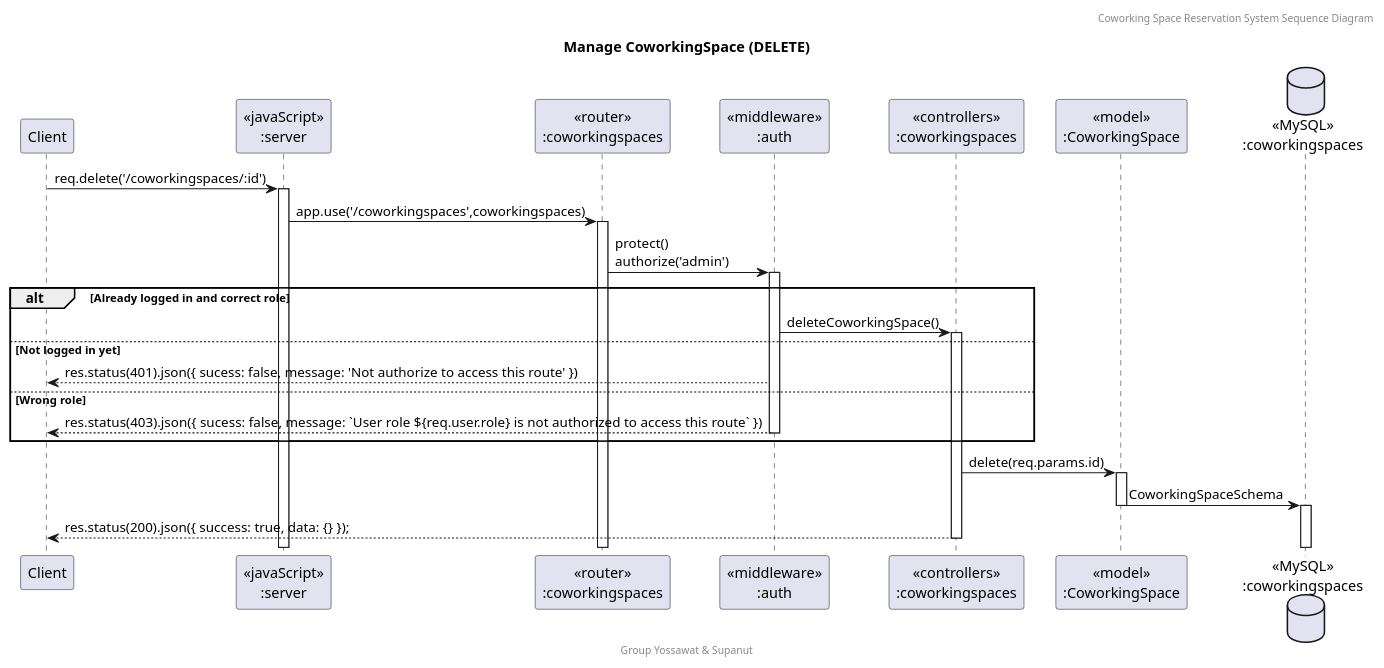
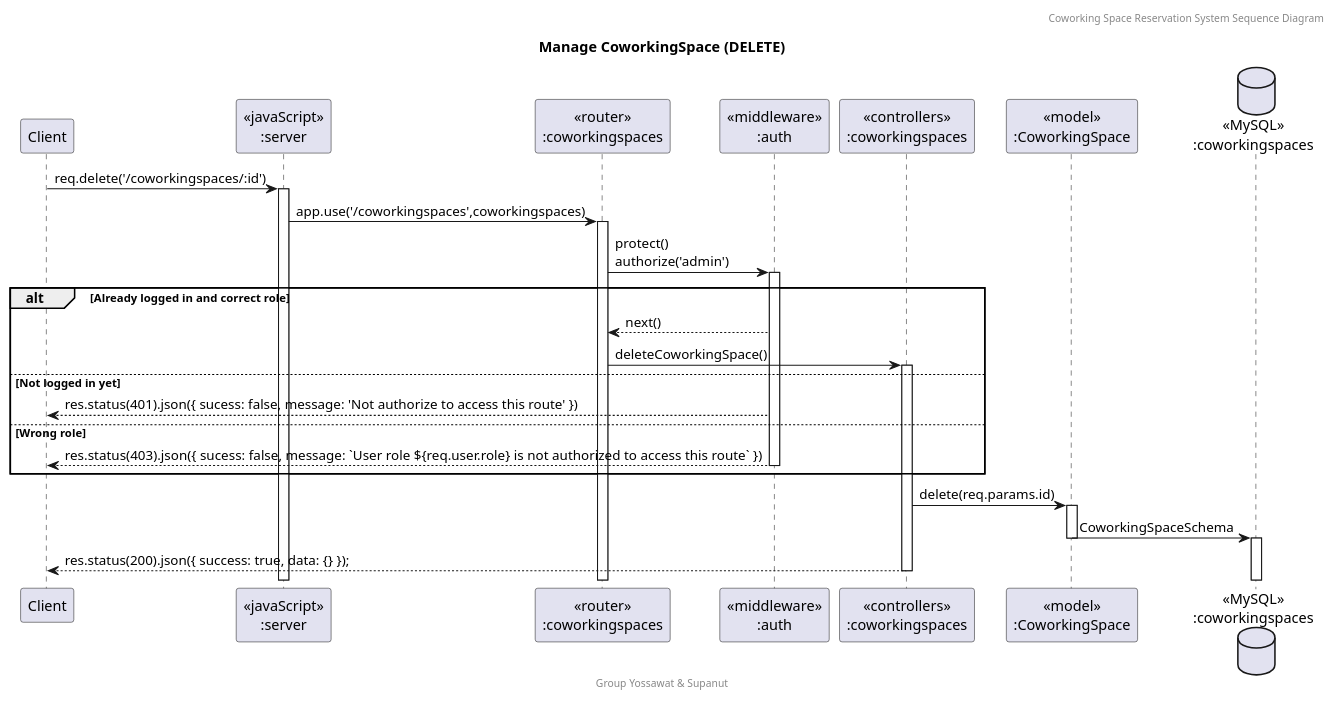
The diagram in doc/Sequence Diagram/puml/Co_Delete.puml (SupanutT/sw-dev-prac-project), drawn with PlantUML before and after one commit. The commit also changed 7 other files, not shown here.

Commit message:
fix: sequence diagram

```diff
--- a/doc/Sequence Diagram/puml/Co_Delete.puml
+++ b/doc/Sequence Diagram/puml/Co_Delete.puml
@@ -1,29 +1,30 @@
 @startuml Manage CoworkingSpace (DELETE)
 
 header Coworking Space Reservation System Sequence Diagram
 footer Group Yossawat & Supanut
 title "Manage CoworkingSpace (DELETE)"
 
 participant "Client" as client
 participant "<<javaScript>>\n:server" as server
 participant "<<router>>\n:coworkingspaces" as routerCoworkingSpaces
 participant "<<middleware>>\n:auth" as middleware
 participant "<<controllers>>\n:coworkingspaces" as controllersCoworkingSpaces
 participant "<<model>>\n:CoworkingSpace" as modelCoworkingSpace
 database "<<MySQL>>\n:coworkingspaces" as CoworkingSpacesDatabase
 
 client->server ++:req.delete('/coworkingspaces/:id')
 server->routerCoworkingSpaces ++:app.use('/coworkingspaces',coworkingspaces)
 routerCoworkingSpaces -> middleware ++:protect()\nauthorize('admin')
 alt Already logged in and correct role
-    middleware -> controllersCoworkingSpaces ++: deleteCoworkingSpace()
+    middleware --> routerCoworkingSpaces : next()
+    routerCoworkingSpaces -> controllersCoworkingSpaces ++: deleteCoworkingSpace()
 else Not logged in yet
     middleware --> client : res.status(401).json({ sucess: false, message: 'Not authorize to access this route' })
 else Wrong role
     middleware --> client --: res.status(403).json({ sucess: false, message: `User role ${req.user.role} is not authorized to access this route` })
 end
 controllersCoworkingSpaces-> modelCoworkingSpace ++:delete(req.params.id)
 modelCoworkingSpace -> CoworkingSpacesDatabase --++: CoworkingSpaceSchema
 controllersCoworkingSpaces-->client --: res.status(200).json({ success: true, data: {} });
 
 @enduml
```
